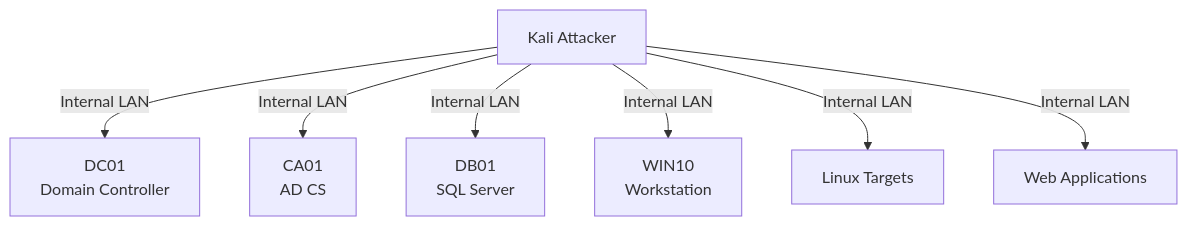
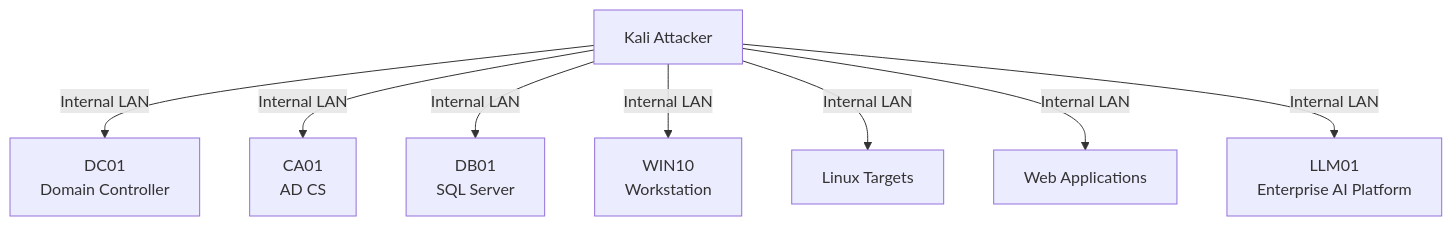
One commit to solo2121/sysadmin-security-lab changed the first of 3 diagrams in labs/ad-pentest-lab/README.md. Above: the diagram before and after it, drawn with Mermaid. The commit also changed other lines of this file, not shown here.

Commit message:
docs: extend AD lab documentation with LLM01 and AI attack paths

````diff
--- a/labs/ad-pentest-lab/README.md
+++ b/labs/ad-pentest-lab/README.md
@@ -69,17 +74,19 @@
 ```mermaid
 graph TD
     Kali[Kali Attacker]
     DC[DC01<br>Domain Controller]
     CA[CA01<br>AD CS]
     DB[DB01<br>SQL Server]
     WIN10[WIN10<br>Workstation]
     Linux[Linux Targets]
     Web[Web Applications]
+    LLM[LLM01<br>Enterprise AI Platform]
 
     Kali -->|Internal LAN| DC
     Kali -->|Internal LAN| CA
     Kali -->|Internal LAN| DB
     Kali -->|Internal LAN| WIN10
     Kali -->|Internal LAN| Linux
     Kali -->|Internal LAN| Web
+    Kali -->|Internal LAN| LLM
 ```
````
